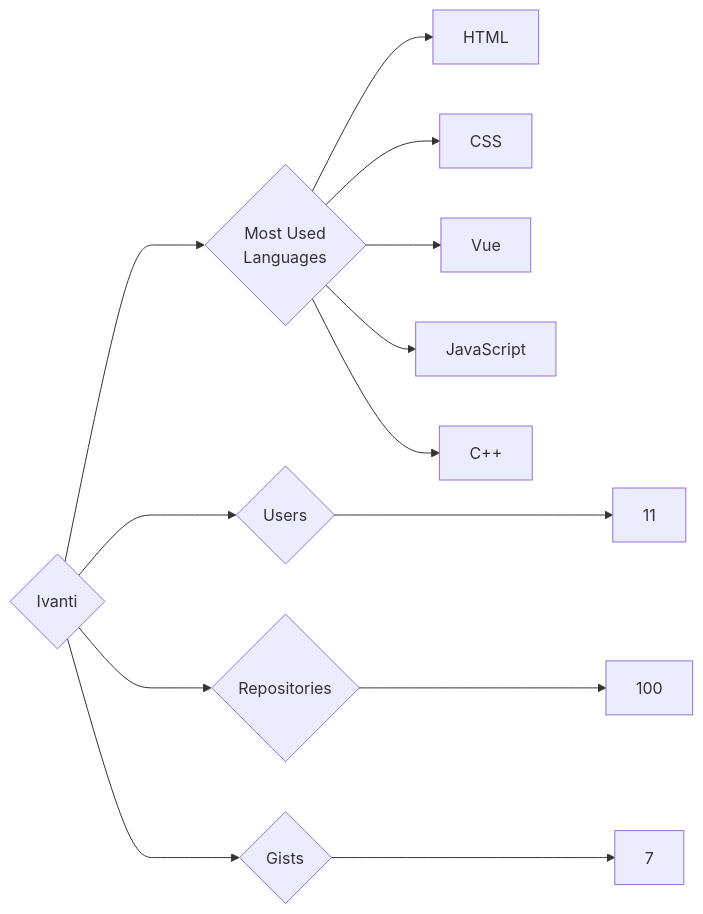
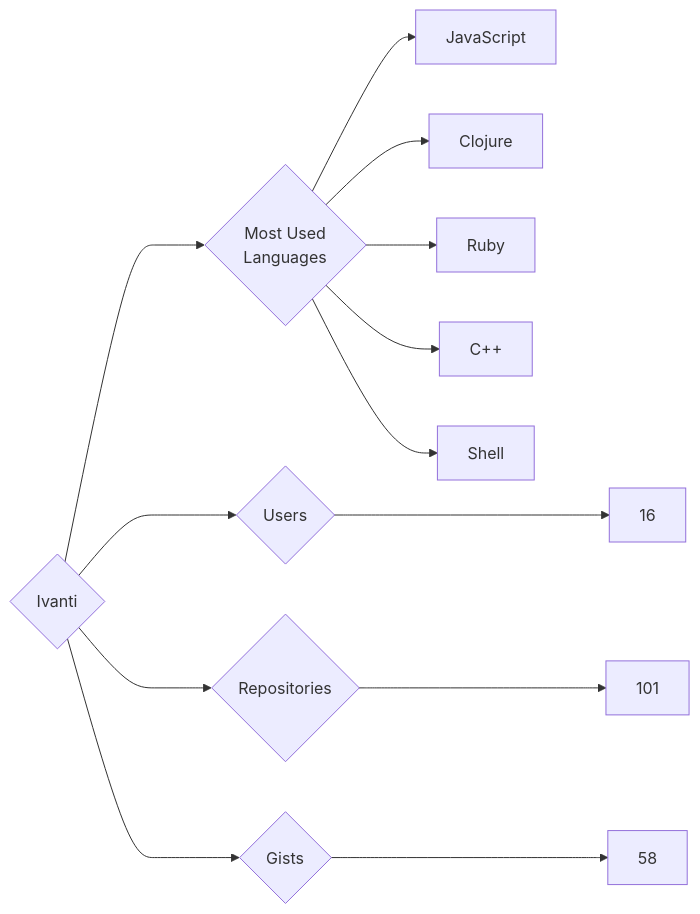
Before and after one commit to trickest/insiders: the diagram in targets/Ivanti/README.md, drawn with Mermaid. The commit also changed 838 other files, not shown here.

````diff
--- a/targets/Ivanti/README.md
+++ b/targets/Ivanti/README.md
@@ -3,13 +3,13 @@
 ```mermaid
 graph LR
 COMPANY_NAME{Ivanti}
-COMPANY_NAME ---> U{Users} ---> UN[11]
-COMPANY_NAME ---> R{Repositories} ---> RN[100]
-COMPANY_NAME ---> G{Gists} ---> GN[7]
+COMPANY_NAME ---> U{Users} ---> UN[16]
+COMPANY_NAME ---> R{Repositories} ---> RN[101]
+COMPANY_NAME ---> G{Gists} ---> GN[58]
 COMPANY_NAME ---> ML{Most Used<br>Languages}
-ML --> HTML[HTML]
-ML --> CSS[CSS]
-ML --> Vue[Vue]
 ML --> JavaScript[JavaScript]
+ML --> Clojure[Clojure]
+ML --> Ruby[Ruby]
 ML --> C++[C++]
+ML --> Shell[Shell]
 ```
````
